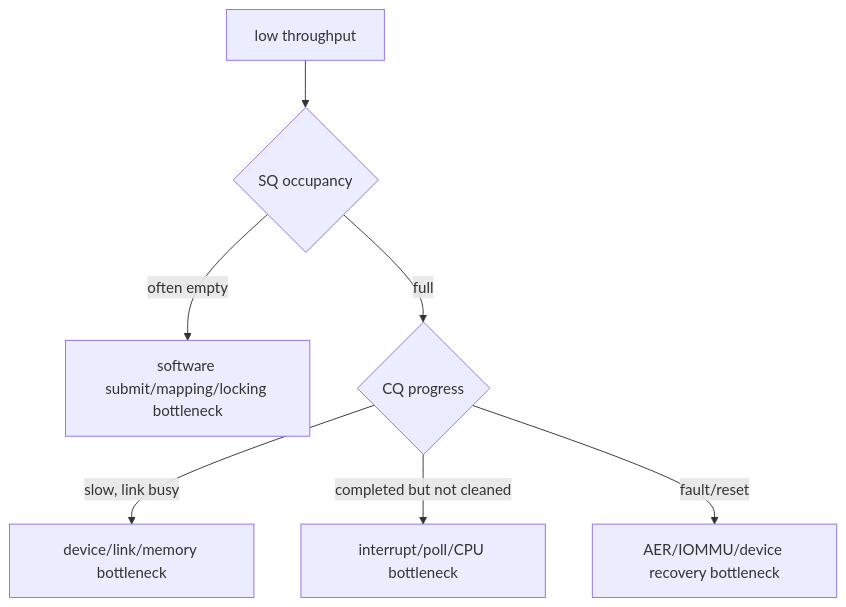
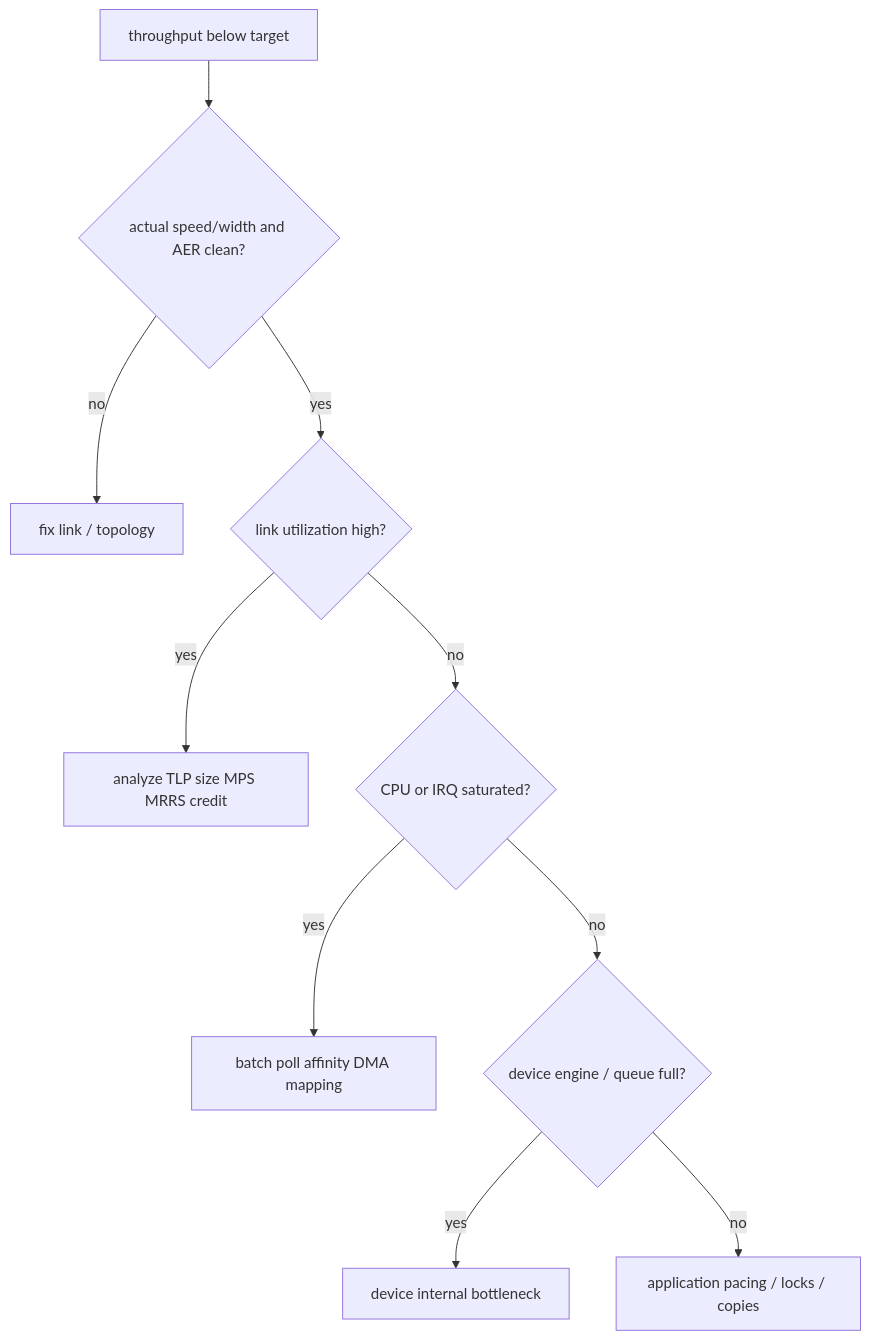
One commit to cdragon-ljl/EEandEdgeAI changed the fourth of 4 diagrams in docs/articles/pcie/pci-13-performance-tlp-mps-mrrs-credit.md. Above: the diagram before and after it, drawn with Mermaid. The commit also changed other lines of this file and 4 other files, not shown here.

````diff
--- a/docs/articles/pcie/pci-13-performance-tlp-mps-mrrs-credit.md
+++ b/docs/articles/pcie/pci-13-performance-tlp-mps-mrrs-credit.md
@@ -247,9 +173,12 @@
 ```mermaid
 flowchart TD
-    LOW[low throughput] --> SQ{SQ occupancy}
-    SQ -- often empty --> SW[software submit/mapping/locking bottleneck]
-    SQ -- full --> CQ{CQ progress}
-    CQ -- slow, link busy --> HW[device/link/memory bottleneck]
-    CQ -- completed but not cleaned --> IRQ[interrupt/poll/CPU bottleneck]
-    CQ -- fault/reset --> ERR[AER/IOMMU/device recovery bottleneck]
+    START[throughput below target] --> LINK{actual speed/width and AER clean?}
+    LINK -- no --> FIXLINK[fix link / topology]
+    LINK -- yes --> UTIL{link utilization high?}
+    UTIL -- yes --> EFF[analyze TLP size MPS MRRS credit]
+    UTIL -- no --> CPU{CPU or IRQ saturated?}
+    CPU -- yes --> BATCH[batch poll affinity DMA mapping]
+    CPU -- no --> DEV{device engine / queue full?}
+    DEV -- yes --> ENGINE[device internal bottleneck]
+    DEV -- no --> UPPER[application pacing / locks / copies]
 ```
````
